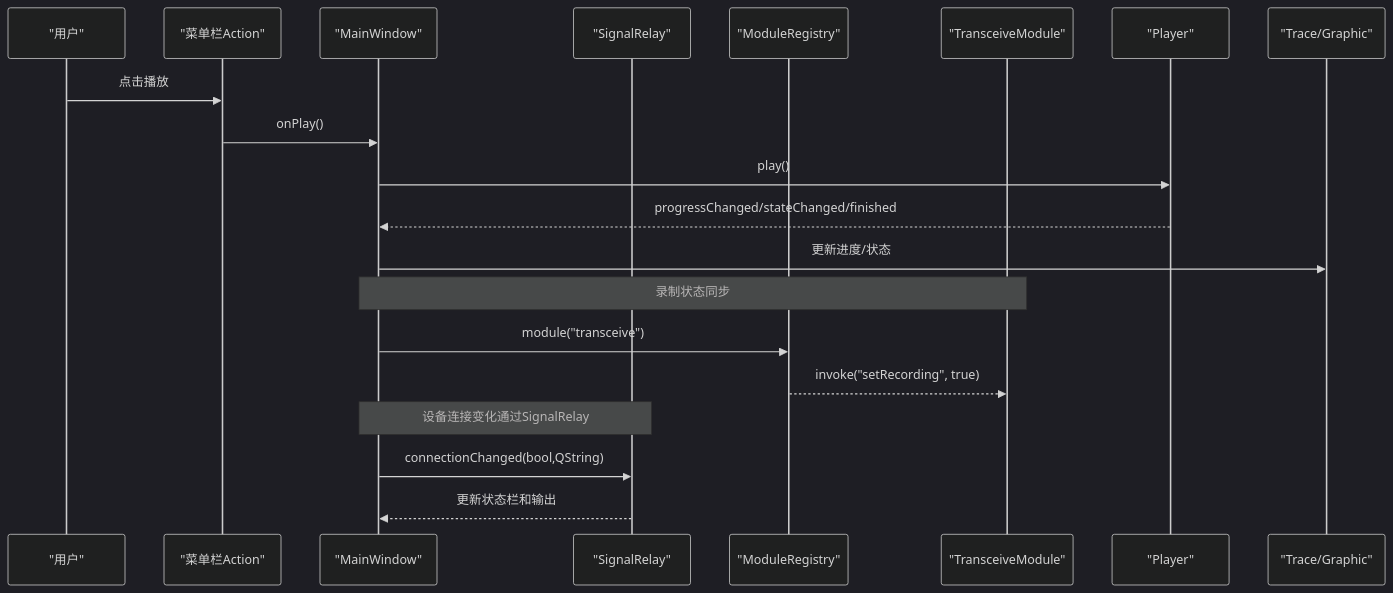
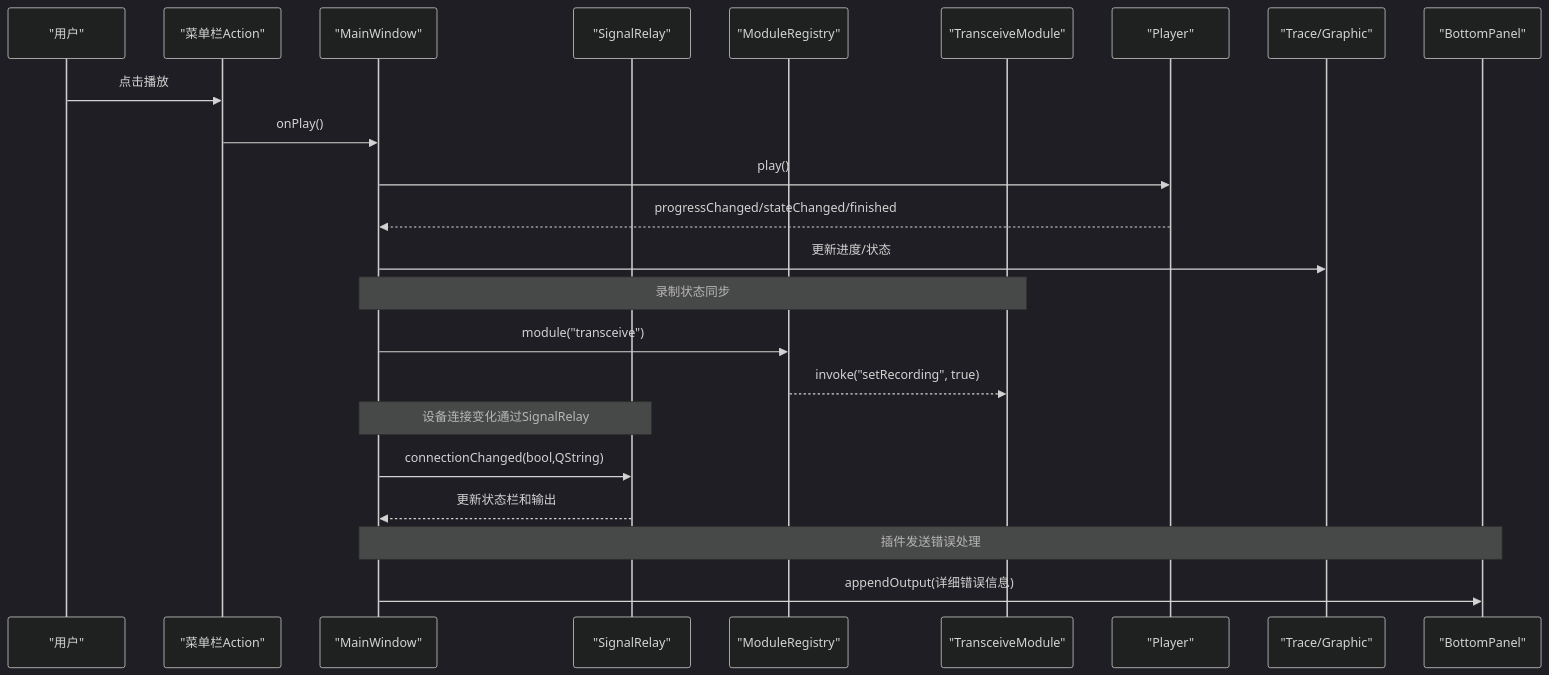
The fifth of 11 diagrams in .qoder/repowiki/zh/content/架构设计/主窗口组件架构.md (jakecai1225-design/OpenBus), drawn with Mermaid (dark theme) before and after one commit. The commit also changed other lines of this file and 24 other files, not shown here.

Commit message:
trace graphic问题修改

````diff
--- a/.qoder/repowiki/zh/content/架构设计/主窗口组件架构.md
+++ b/.qoder/repowiki/zh/content/架构设计/主窗口组件架构.md
@@ -287,22 +310,25 @@
 ```mermaid
 sequenceDiagram
 participant User as "用户"
 participant Menu as "菜单栏Action"
 participant MW as "MainWindow"
 participant SR as "SignalRelay"
 participant MR as "ModuleRegistry"
 participant TM as "TransceiveModule"
 participant Player as "Player"
 participant Tabs as "Trace/Graphic"
+participant BP as "BottomPanel"
 User->>Menu : 点击播放
 Menu->>MW : onPlay()
 MW->>Player : play()
 Player-->>MW : progressChanged/stateChanged/finished
 MW->>Tabs : 更新进度/状态
 Note over MW,TM : 录制状态同步
 MW->>MR : module("transceive")
 MR-->>TM : invoke("setRecording", true)
 Note over MW,SR : 设备连接变化通过SignalRelay
 MW->>SR : connectionChanged(bool,QString)
 SR-->>MW : 更新状态栏和输出
+Note over MW,BP : 插件发送错误处理
+MW->>BP : appendOutput(详细错误信息)
 ```
````
